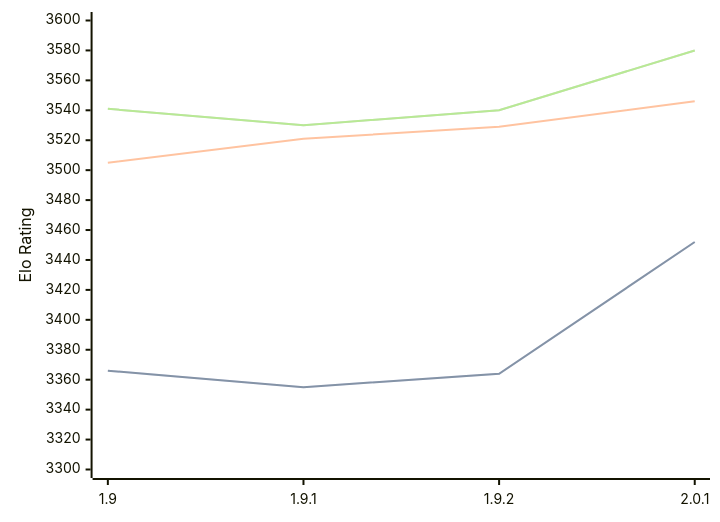
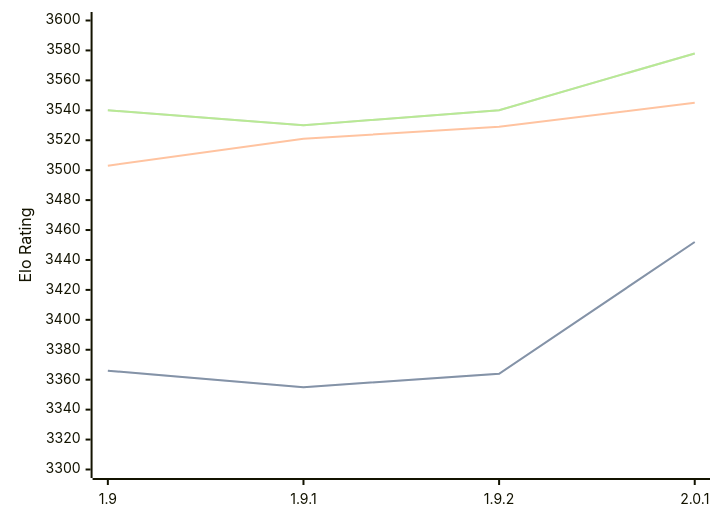
One commit to computer-chess-index/cci changed the diagram in engines/Pawnocchio.md. Above: the diagram before and after it, drawn with Mermaid. The commit also changed other lines of this file, not shown here.

Commit message:
Update CCI Ratings (ELO VLTC) - 2026-08-03

````diff
--- a/engines/Pawnocchio.md
+++ b/engines/Pawnocchio.md
@@ -50,11 +50,11 @@
 ```mermaid
 %%{init: {"theme":"base","themeVariables":{"seriesColors:['#a3a3a3','#222221','#faa371']}}}%%
 xychart-beta
   x-axis ["1.9", "1.9.1", "1.9.2", "2.0.1"]
   y-axis "Elo Rating" 3300 --> 3600
   line "STC (8.0+0.08s)" [3366, 3355, 3364, 3452]
   line "STC (8.0+0.08s)" [3366, 3355, 3364, 3452]
-  line "LTC (60.0+0.60s)" [3505, 3521, 3529, 3546]
-  line "VLTC (2m24s+1.12s)" [3541, 3530, 3540, 3580]
-  line "VLTC (2m24s+1.12s)" [3541, 3530, 3540, 3580]
+  line "LTC (60.0+0.60s)" [3503, 3521, 3529, 3545]
+  line "VLTC (2m24s+1.12s)" [3540, 3530, 3540, 3578]
+  line "VLTC (2m24s+1.12s)" [3540, 3530, 3540, 3578]
 ```
````
